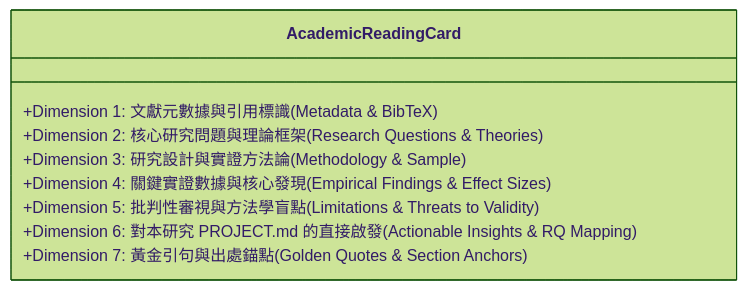
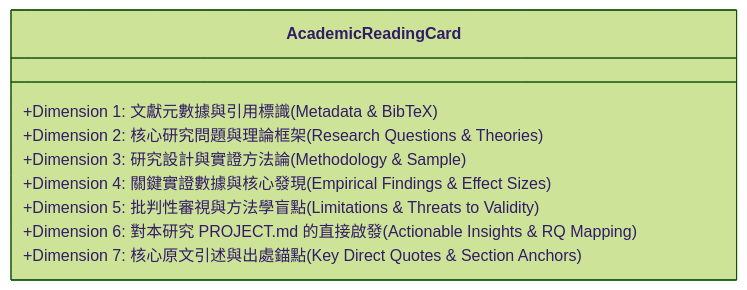
One commit to sungchien/literature_agent changed the second of 2 diagrams in 06_單篇批判精讀與標準閱讀卡片化_學術知識的晶體化.md. Above: the diagram before and after it, drawn with Mermaid (forest theme). The commit also changed other lines of this file and 14 other files, not shown here.

````diff
--- a/06_單篇批判精讀與標準閱讀卡片化_學術知識的晶體化.md
+++ b/06_單篇批判精讀與標準閱讀卡片化_學術知識的晶體化.md
@@ -233,12 +244,12 @@
 ```mermaid
 classDiagram
     class AcademicReadingCard {
         +Dimension 1: 文獻元數據與引用標識 (Metadata & BibTeX)
         +Dimension 2: 核心研究問題與理論框架 (Research Questions & Theories)
         +Dimension 3: 研究設計與實證方法論 (Methodology & Sample)
         +Dimension 4: 關鍵實證數據與核心發現 (Empirical Findings & Effect Sizes)
         +Dimension 5: 批判性審視與方法學盲點 (Limitations & Threats to Validity)
         +Dimension 6: 對本研究 PROJECT.md 的直接啟發 (Actionable Insights & RQ Mapping)
-        +Dimension 7: 黃金引句與出處錨點 (Golden Quotes & Section Anchors)
+        +Dimension 7: 核心原文引述與出處錨點 (Key Direct Quotes & Section Anchors)
     }
 ```
````
